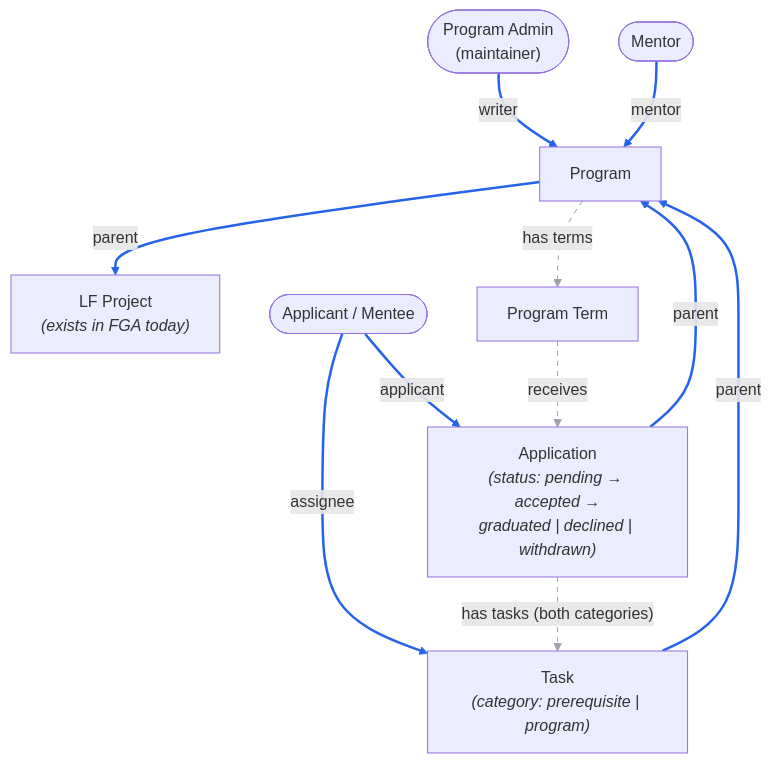
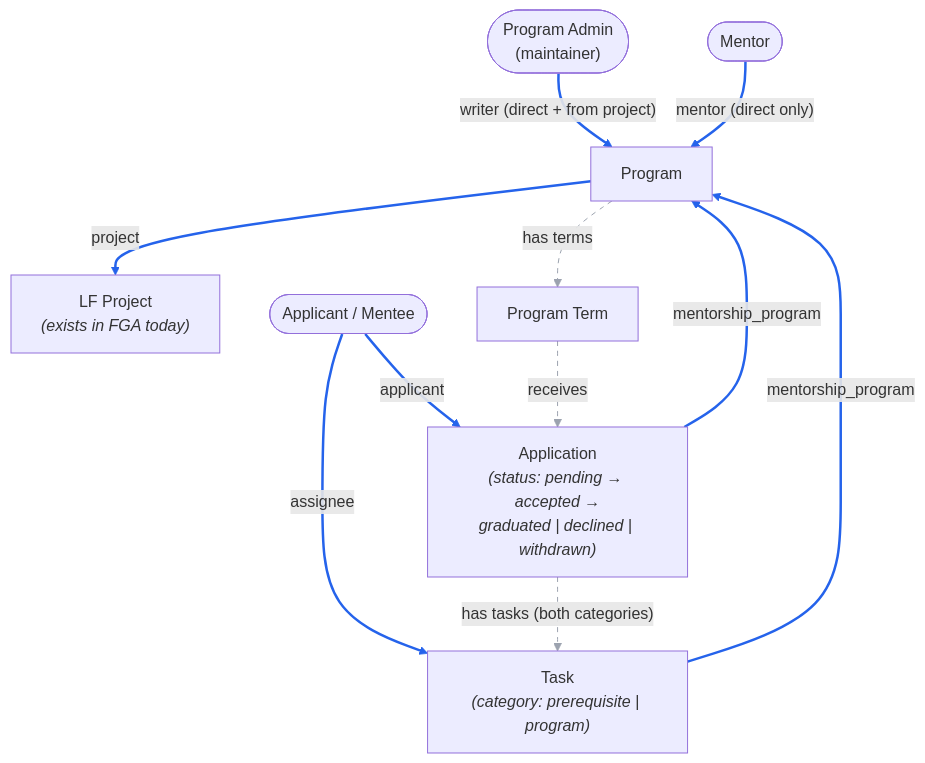
One commit to linuxfoundation/lfx-mentorship changed the diagram in docs/rewrite/04-authorization-model.md. Above: the diagram before and after it, drawn with Mermaid. The commit also changed other lines of this file, not shown here.

````diff
--- a/docs/rewrite/04-authorization-model.md
+++ b/docs/rewrite/04-authorization-model.md
@@ -25,26 +25,26 @@
 ```mermaid
 flowchart TB
     PROJECT["LF Project<br/><i>(exists in FGA today)</i>"]
     PROGRAM["Program"]
     TERM["Program Term"]
     APP["Application<br/><i>(status: pending → accepted →<br/>graduated | declined | withdrawn)</i>"]
     TASK["Task<br/><i>(category: prerequisite | program)</i>"]
     ADMIN(["Program Admin<br/>(maintainer)"])
     MENTOR(["Mentor"])
     MENTEE(["Applicant / Mentee"])
 
-    PROGRAM ==>|"parent"| PROJECT
-    ADMIN ==>|"writer"| PROGRAM
-    MENTOR ==>|"mentor"| PROGRAM
-    APP ==>|"parent"| PROGRAM
+    PROGRAM ==>|"project"| PROJECT
+    ADMIN ==>|"writer (direct + from project)"| PROGRAM
+    MENTOR ==>|"mentor (direct only)"| PROGRAM
+    APP ==>|"mentorship_program"| PROGRAM
     MENTEE ==>|"applicant"| APP
-    TASK ==>|"parent"| PROGRAM
+    TASK ==>|"mentorship_program"| PROGRAM
     MENTEE ==>|"assignee"| TASK
 
     PROGRAM -.->|"has terms"| TERM
     TERM -.->|"receives"| APP
     APP -.->|"has tasks (both categories)"| TASK
 
     linkStyle 0,1,2,3,4,5,6 stroke:#2563eb,stroke-width:2.5px
     linkStyle 7,8,9 stroke:#9ca3af,stroke-dasharray:5 5
 ```
````
